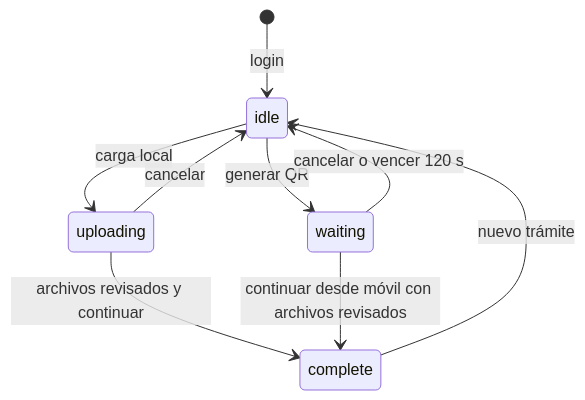
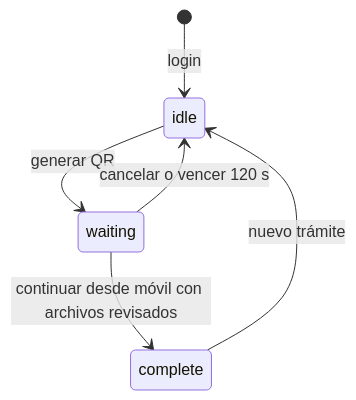
One commit to jbgsi/Demo-QR-STC-v.1.0 changed the diagram in docs/ARQUITECTURA.md. Above: the diagram before and after it, drawn with Mermaid. The commit also changed other lines of this file and 3 other files, not shown here.

````diff
--- a/docs/ARQUITECTURA.md
+++ b/docs/ARQUITECTURA.md
@@ -29,11 +33,8 @@
 ```mermaid
 stateDiagram-v2
     [*] --> idle: login
-    idle --> uploading: carga local
     idle --> waiting: generar QR
-    uploading --> complete: archivos revisados y continuar
     waiting --> complete: continuar desde móvil con archivos revisados
-    uploading --> idle: cancelar
     waiting --> idle: cancelar o vencer 120 s
     complete --> idle: nuevo trámite
 ```
````
